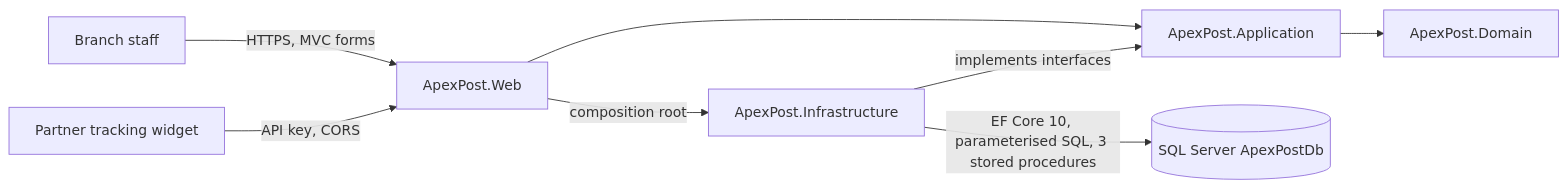
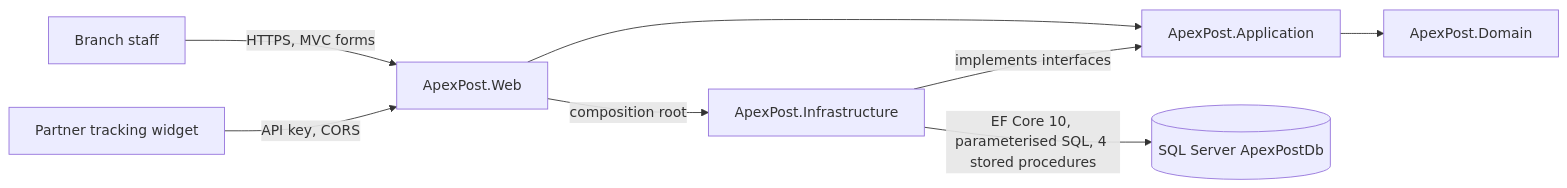
Before and after one commit to NarendraDappili/ApexPostLogisticsRepo: the diagram in docs/architecture/README.md, drawn with Mermaid. The commit also changed 32 other files, not shown here.

````diff
--- a/docs/architecture/README.md
+++ b/docs/architecture/README.md
@@ -9,10 +9,10 @@
 ```mermaid
 flowchart LR
     Staff[Branch staff] -->|HTTPS, MVC forms| Web[ApexPost.Web]
     Partner[Partner tracking widget] -->|API key, CORS| Web
     Web --> App[ApexPost.Application]
     App --> Domain[ApexPost.Domain]
     Infra[ApexPost.Infrastructure] -->|implements interfaces| App
     Web -->|composition root| Infra
-    Infra -->|EF Core 10, parameterised SQL, 3 stored procedures| Sql[(SQL Server ApexPostDb)]
+    Infra -->|EF Core 10, parameterised SQL, 4 stored procedures| Sql[(SQL Server ApexPostDb)]
 ```
````
